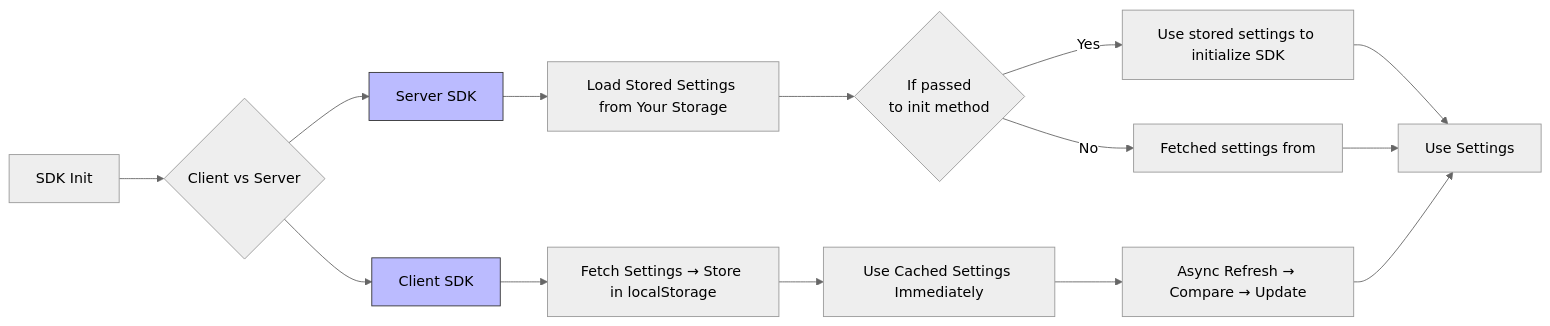
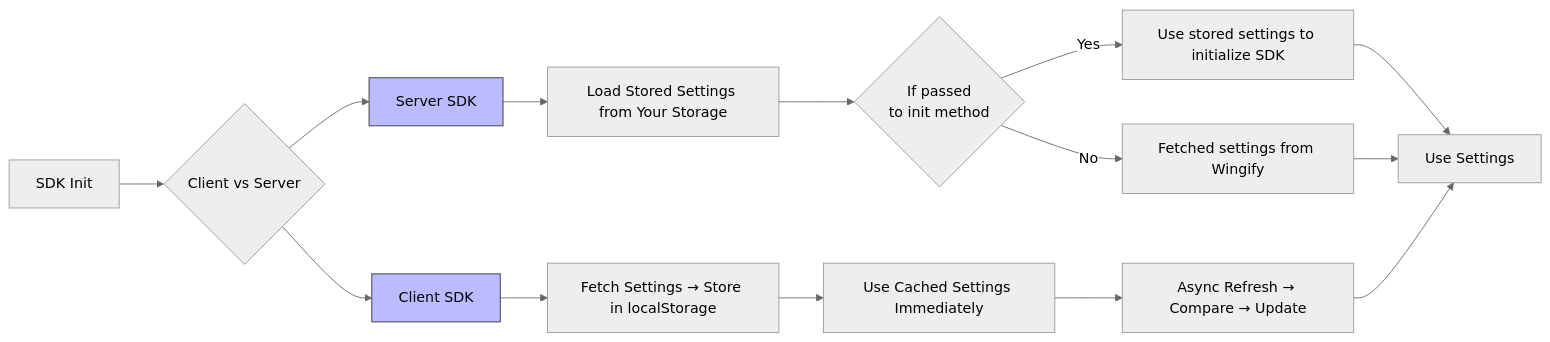
One commit to wingify/readme-central changed the third of 3 diagrams in docs/Best Practices/fme-sdks-caching.md. Above: the diagram before and after it, drawn with Mermaid (neutral theme). The commit also changed other lines of this file and 139 other files, not shown here.

````diff
--- a/docs/Best Practices/fme-sdks-caching.md
+++ b/docs/Best Practices/fme-sdks-caching.md
@@ -194,25 +194,25 @@
 ```mermaid
 graph LR
   A[SDK Init] --> B{Client vs Server}
   B --> C[Client SDK]
   B --> D[Server SDK]
   C --> E[Fetch Settings → Store in localStorage]
   E --> F[Use Cached Settings Immediately]
   F --> G[Async Refresh → Compare → Update]
   D --> H[Load Stored Settings from Your Storage]
   H --> I{If passed<br/>to init method}
   I -->|Yes| J[Use stored settings to initialize SDK]
-  I -->|No| K[Fetched settings from]
+  I -->|No| K[Fetched settings from Wingify]
   J --> L[Use Settings]
   K --> L
   G --> L
 
   %% Assign classes
   class C client
   class D server
 
   %% Define styles
   classDef client fill:#bbf,stroke:#333,stroke-width:1px,color:#000
   classDef server fill:#bbf,stroke:#333,stroke-width:1px,color:#000
 
 ```
````
